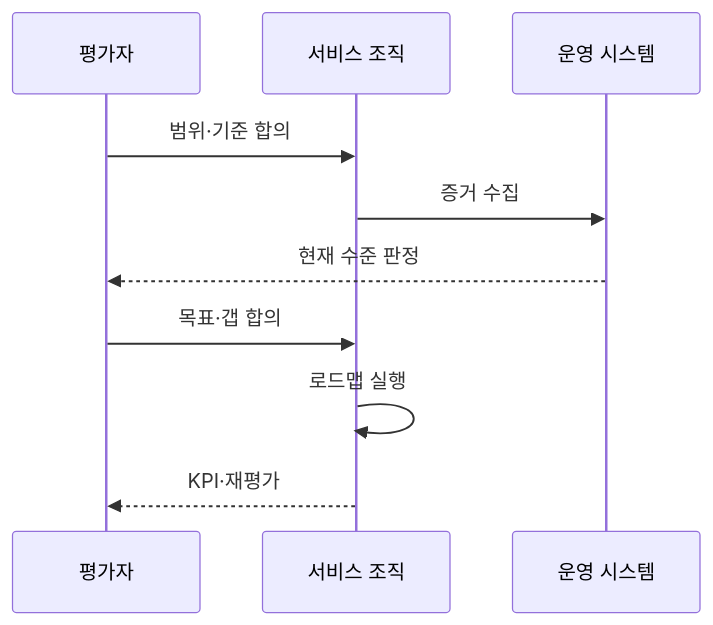
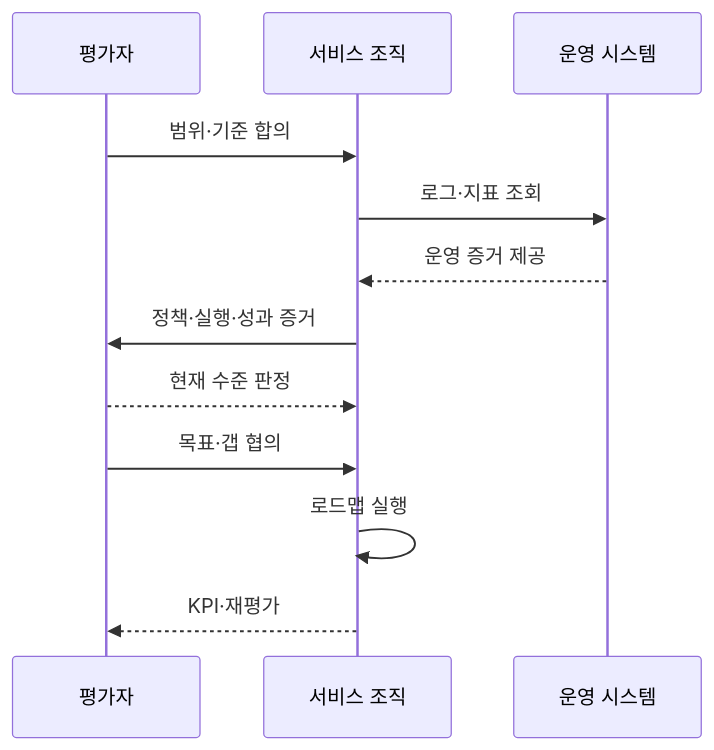
Before and after one commit to agnusdei1207/knowledge-base: the second of 2 diagrams in src/content/docs/notes/06-evaluation/051_digital_service_maturity_evaluation.md, drawn with Mermaid. The commit also changed other lines of this file and 24 other files, not shown here.

````diff
--- a/src/content/docs/notes/06-evaluation/051_digital_service_maturity_evaluation.md
+++ b/src/content/docs/notes/06-evaluation/051_digital_service_maturity_evaluation.md
@@ -81,12 +80,14 @@
 ```mermaid
 sequenceDiagram
     participant E as 평가자
     participant O as 서비스 조직
     participant S as 운영 시스템
     E->>O: 범위·기준 합의
-    O->>S: 증거 수집
-    S-->>E: 현재 수준 판정
-    E->>O: 목표·갭 합의
+    O->>S: 로그·지표 조회
+    S-->>O: 운영 증거 제공
+    O->>E: 정책·실행·성과 증거
+    E-->>O: 현재 수준 판정
+    E->>O: 목표·갭 협의
     O->>O: 로드맵 실행
     O-->>E: KPI·재평가
 ```
````
